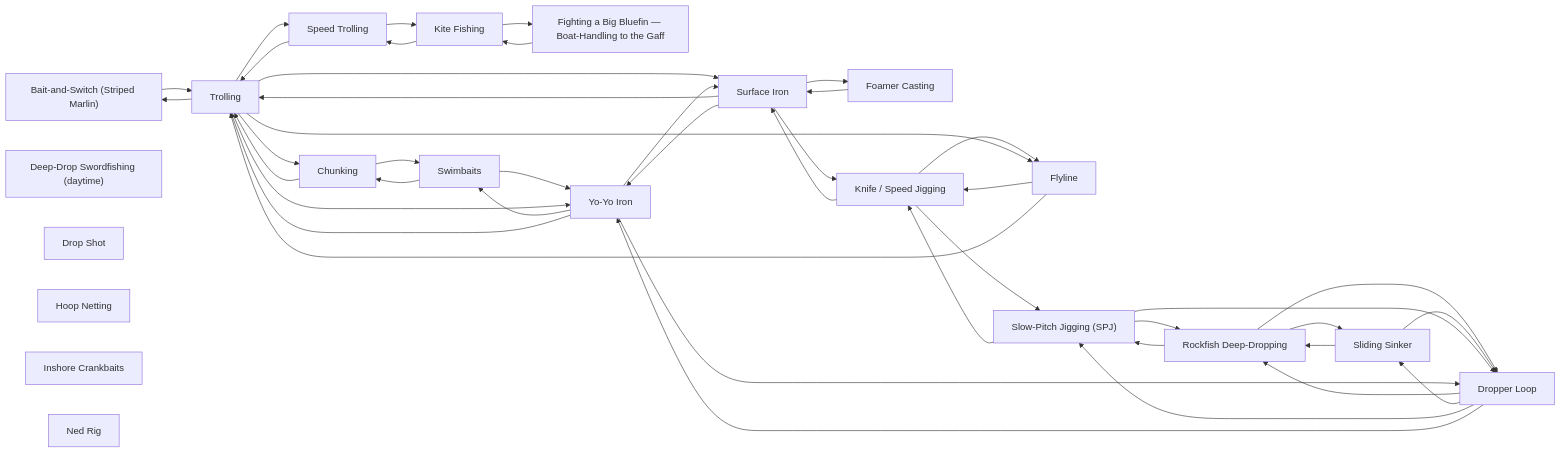
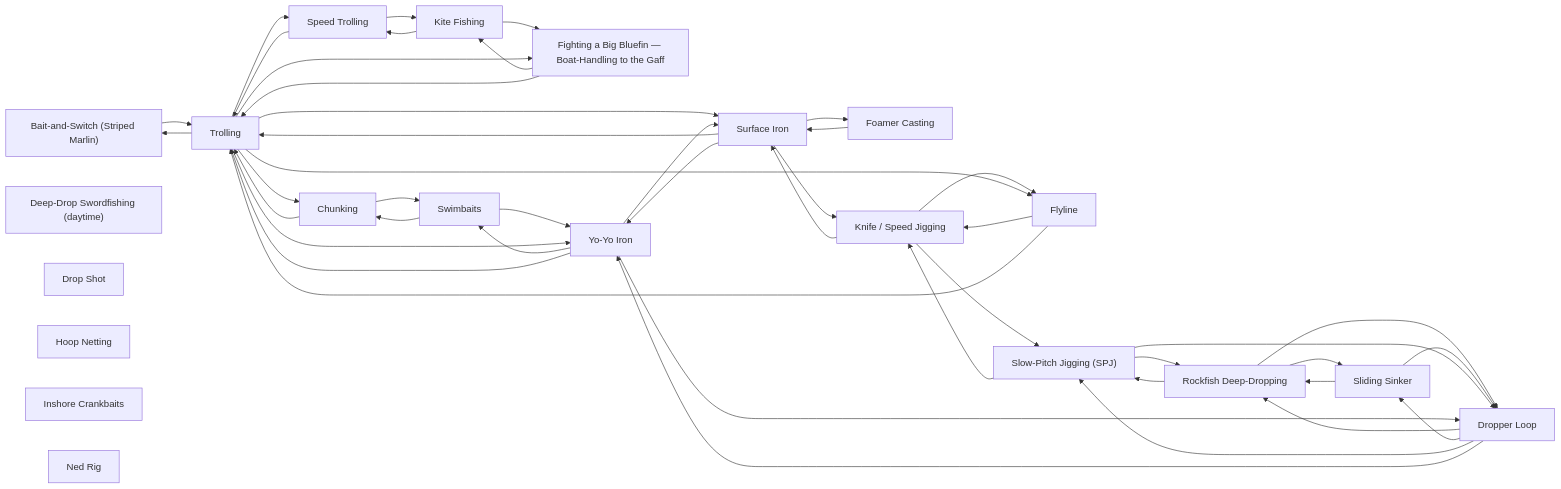
Before and after one commit to camchuckpete-max/Socal-Fishing-Knowledge: the diagram in techniques/README.md, drawn with Mermaid. The commit also changed 6 other files, not shown here.

````diff
--- a/techniques/README.md
+++ b/techniques/README.md
@@ -34,66 +34,68 @@
 ```mermaid
 graph LR
   n0["Bait-and-Switch (Striped Marlin)"]
   n1["Chunking"]
   n2["Deep-Drop Swordfishing (daytime)"]
   n3["Drop Shot"]
   n4["Dropper Loop"]
   n5["Fighting a Big Bluefin — Boat-Handling to the Gaff"]
   n6["Flyline"]
   n7["Foamer Casting"]
   n8["Hoop Netting"]
   n9["Inshore Crankbaits"]
   n10["Kite Fishing"]
   n11["Knife / Speed Jigging"]
   n12["Ned Rig"]
   n13["Rockfish Deep-Dropping"]
   n14["Sliding Sinker"]
   n15["Slow-Pitch Jigging (SPJ)"]
   n16["Speed Trolling"]
   n17["Surface Iron"]
   n18["Swimbaits"]
   n19["Trolling"]
   n20["Yo-Yo Iron"]
   n0 --> n19
   n1 --> n18
   n1 --> n19
   n10 --> n16
   n10 --> n5
   n11 --> n15
   n11 --> n17
   n11 --> n6
   n13 --> n14
   n13 --> n15
   n13 --> n4
   n14 --> n13
   n14 --> n4
   n15 --> n11
   n15 --> n13
   n15 --> n4
   n16 --> n10
   n16 --> n19
   n17 --> n11
   n17 --> n19
   n17 --> n20
   n17 --> n7
   n18 --> n1
   n18 --> n20
   n19 --> n0
   n19 --> n1
   n19 --> n16
   n19 --> n17
   n19 --> n20
+  n19 --> n5
   n19 --> n6
   n20 --> n17
   n20 --> n18
   n20 --> n19
   n20 --> n4
   n4 --> n13
   n4 --> n14
   n4 --> n15
   n4 --> n20
   n5 --> n10
+  n5 --> n19
   n6 --> n11
   n6 --> n19
   n7 --> n17
 ```
````
